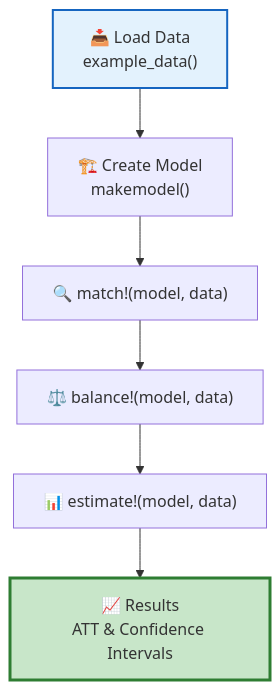
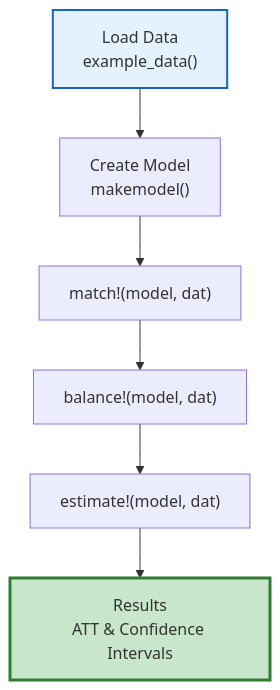
Before and after one commit to human-nature-lab/TSCSMethods.jl: the first of 2 diagrams in README.md, drawn with Mermaid. The commit also changed other lines of this file and 4 other files, not shown here.

````diff
--- a/README.md
+++ b/README.md
@@ -50,11 +63,11 @@
 ```mermaid
 flowchart TD
-    A["📥 Load Data<br/>example_data()"] --> B["🏗️ Create Model<br/>makemodel()"]
-    B --> C["🔍 match!(model, data)"]
-    C --> D["⚖️ balance!(model, data)"]
-    D --> E["📊 estimate!(model, data)"]
-    E --> F["📈 Results<br/>ATT & Confidence Intervals"]
+    A["Load Data<br/>example_data()"] --> B["Create Model<br/>makemodel()"]
+    B --> C["match!(model, dat)"]
+    C --> D["balance!(model, dat)"]
+    D --> E["estimate!(model, dat)"]
+    E --> F["Results<br/>ATT & Confidence Intervals"]
     
     style A fill:#e3f2fd,stroke:#1565c0,stroke-width:2px
     style F fill:#c8e6c9,stroke:#2e7d32,stroke-width:3px
 ```
````
